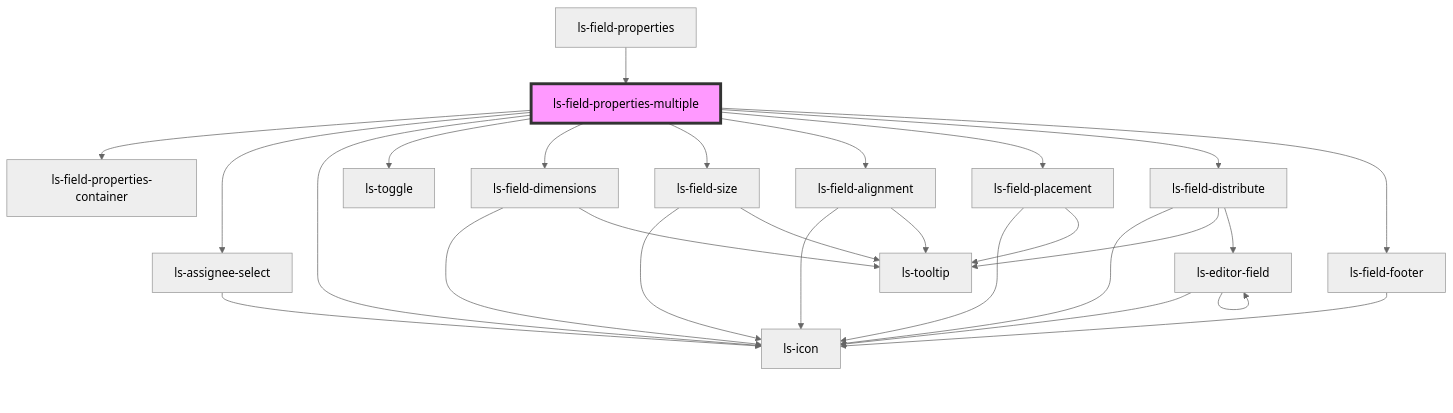
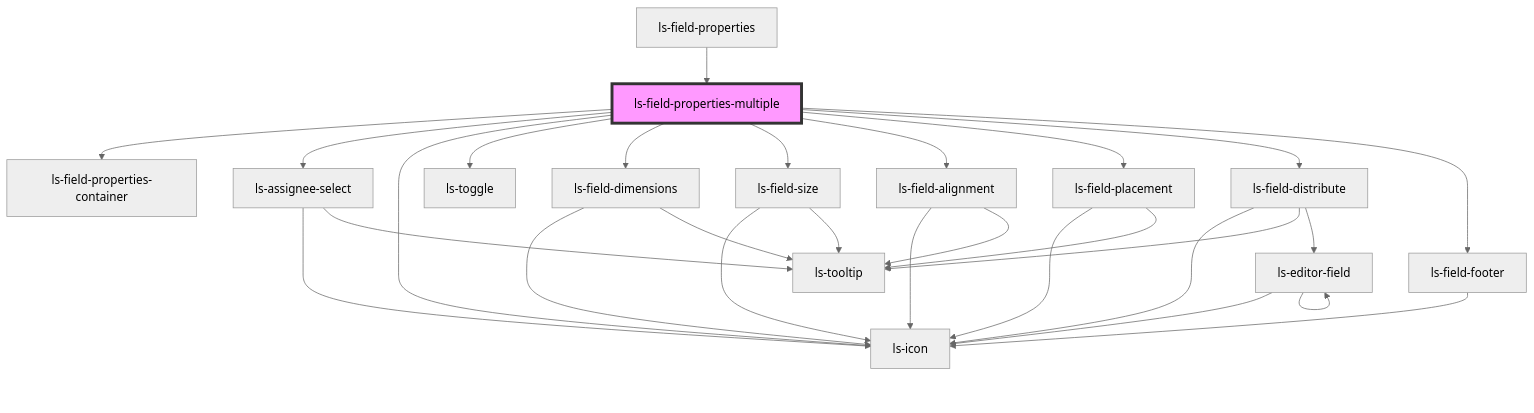
One commit to legalesign/ls-document-viewer changed the diagram in src/components/ls-field-properties-multiple/readme.md. Above: the diagram before and after it, drawn with Mermaid (neutral theme). The commit also changed 24 other files, not shown here.

````diff
--- a/src/components/ls-field-properties-multiple/readme.md
+++ b/src/components/ls-field-properties-multiple/readme.md
@@ -45,30 +45,31 @@
 ```mermaid
 graph TD;
   ls-field-properties-multiple --> ls-field-properties-container
   ls-field-properties-multiple --> ls-assignee-select
   ls-field-properties-multiple --> ls-icon
   ls-field-properties-multiple --> ls-toggle
   ls-field-properties-multiple --> ls-field-dimensions
   ls-field-properties-multiple --> ls-field-size
   ls-field-properties-multiple --> ls-field-alignment
   ls-field-properties-multiple --> ls-field-placement
   ls-field-properties-multiple --> ls-field-distribute
   ls-field-properties-multiple --> ls-field-footer
   ls-assignee-select --> ls-icon
+  ls-assignee-select --> ls-tooltip
   ls-field-dimensions --> ls-icon
   ls-field-dimensions --> ls-tooltip
   ls-field-size --> ls-icon
   ls-field-size --> ls-tooltip
   ls-field-alignment --> ls-icon
   ls-field-alignment --> ls-tooltip
   ls-field-placement --> ls-icon
   ls-field-placement --> ls-tooltip
   ls-field-distribute --> ls-icon
   ls-field-distribute --> ls-tooltip
   ls-field-distribute --> ls-editor-field
   ls-editor-field --> ls-icon
   ls-editor-field --> ls-editor-field
   ls-field-footer --> ls-icon
   ls-field-properties --> ls-field-properties-multiple
   style ls-field-properties-multiple fill:#f9f,stroke:#333,stroke-width:4px
 ```
````
